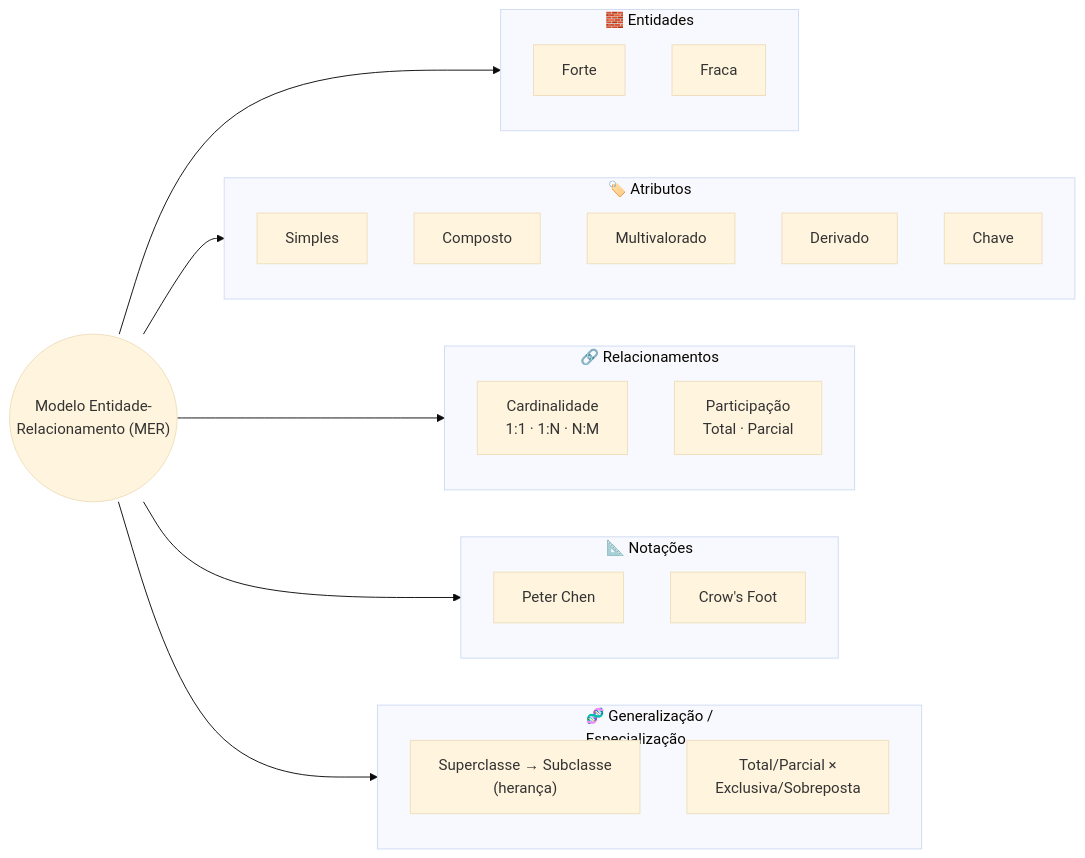
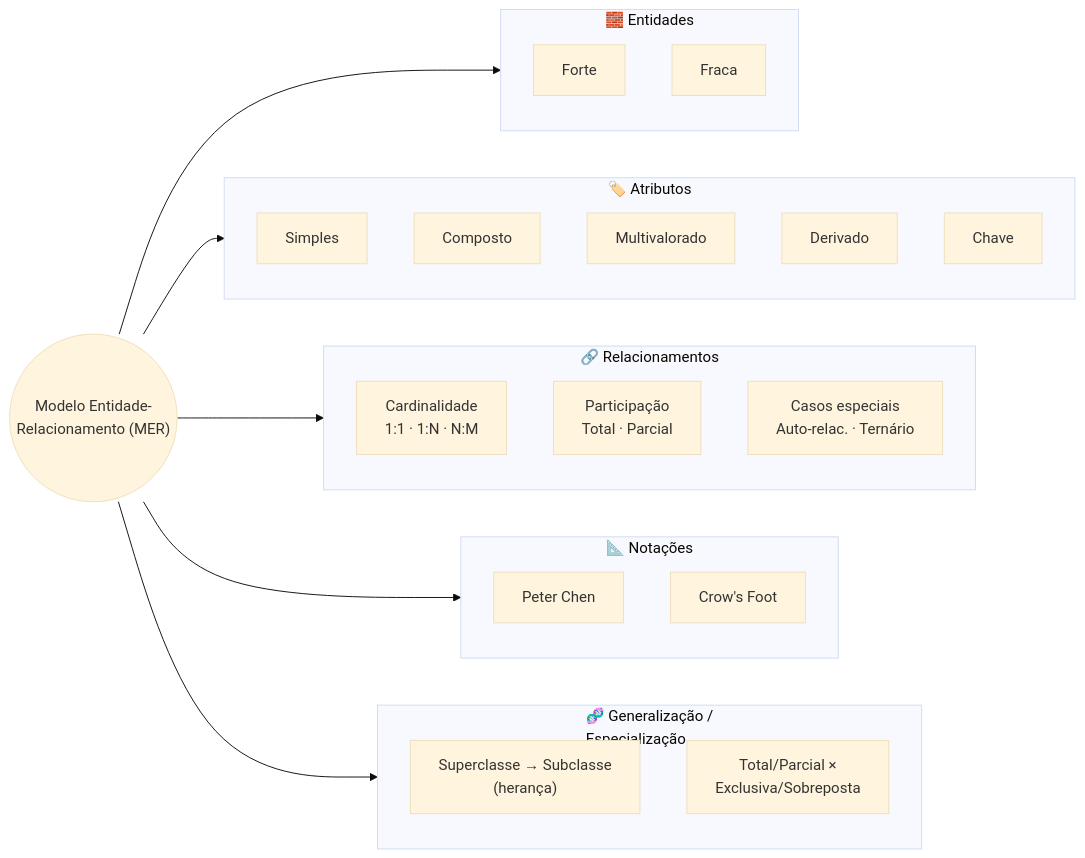
Before and after one commit to DSM-Fatec-Jahu/BDR-DSM-2026-2: the first of 11 diagrams in docs/aulas/Aula_01_Revisao_Modelagem_Conceitual.md, drawn with Mermaid (base theme). The commit also changed other lines of this file, not shown here.

````diff
--- a/docs/aulas/Aula_01_Revisao_Modelagem_Conceitual.md
+++ b/docs/aulas/Aula_01_Revisao_Modelagem_Conceitual.md
@@ -21,42 +23,43 @@
 ```mermaid
 flowchart LR
     ROOT(("Modelo Entidade-<br/>Relacionamento (MER)"))
 
     ROOT --> ENT
     subgraph ENT["🧱 Entidades"]
         direction TB
         ENT1["Forte"]
         ENT2["Fraca"]
     end
 
     ROOT --> ATR
     subgraph ATR["🏷️ Atributos"]
         direction TB
         ATR1["Simples"]
         ATR2["Composto"]
         ATR3["Multivalorado"]
         ATR4["Derivado"]
         ATR5["Chave"]
     end
 
     ROOT --> REL
     subgraph REL["🔗 Relacionamentos"]
         direction TB
         REL1["Cardinalidade<br/>1:1 · 1:N · N:M"]
         REL2["Participação<br/>Total · Parcial"]
+        REL3["Casos especiais<br/>Auto-relac. · Ternário"]
     end
 
     ROOT --> NOT
     subgraph NOT["📐 Notações"]
         direction TB
         NOT1["Peter Chen"]
         NOT2["Crow's Foot"]
     end
 
     ROOT --> GE
     subgraph GE["🧬 Generalização /<br/>Especialização"]
         direction TB
         GE1["Superclasse → Subclasse<br/>(herança)"]
         GE2["Total/Parcial ×<br/>Exclusiva/Sobreposta"]
     end
 ```
````
